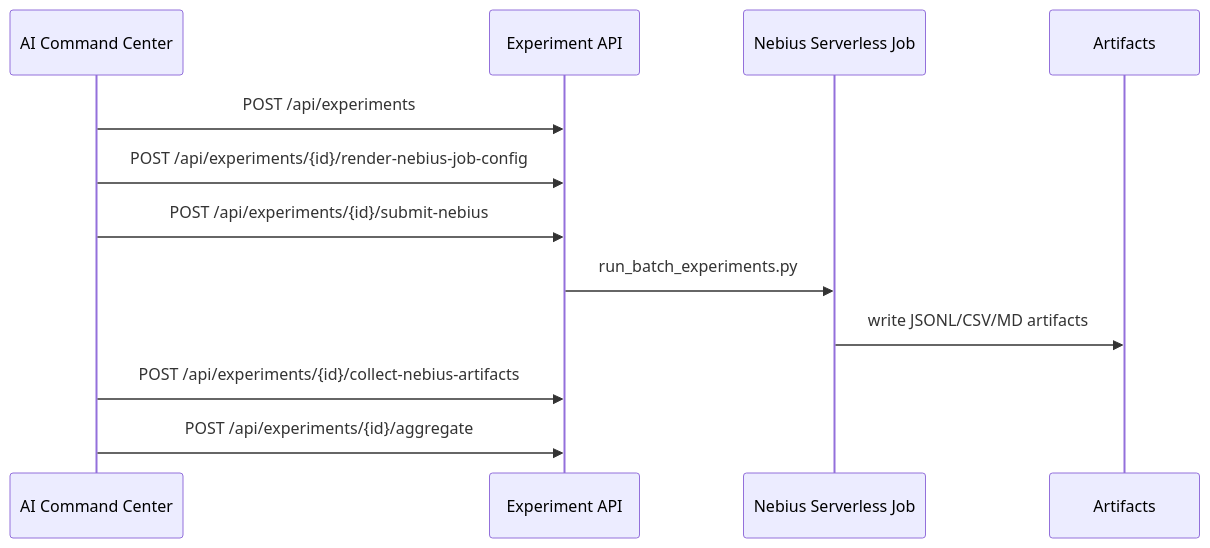
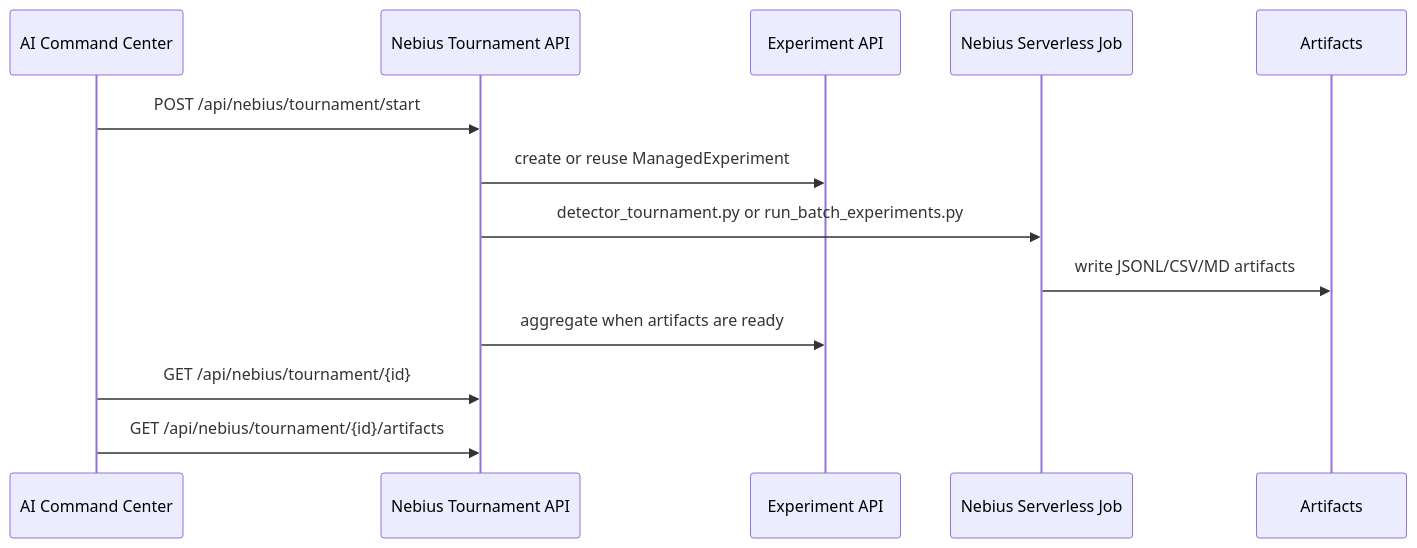
One commit to khab40/aimada changed the third of 3 diagrams in docs/use-cases/nebius-serverless-use-cases.md. Above: the diagram before and after it, drawn with Mermaid. The commit also changed other lines of this file and 33 other files, not shown here.

````diff
--- a/docs/use-cases/nebius-serverless-use-cases.md
+++ b/docs/use-cases/nebius-serverless-use-cases.md
@@ -148,15 +193,16 @@
 ```mermaid
 sequenceDiagram
     participant UI as AI Command Center
-    participant API as Experiment API
+    participant API as Nebius Tournament API
+    participant Exp as Experiment API
     participant Job as Nebius Serverless Job
     participant Store as Artifacts
 
-    UI->>API: POST /api/experiments
-    UI->>API: POST /api/experiments/{id}/render-nebius-job-config
-    UI->>API: POST /api/experiments/{id}/submit-nebius
-    API->>Job: run_batch_experiments.py
+    UI->>API: POST /api/nebius/tournament/start
+    API->>Exp: create or reuse ManagedExperiment
+    API->>Job: detector_tournament.py or run_batch_experiments.py
     Job->>Store: write JSONL/CSV/MD artifacts
-    UI->>API: POST /api/experiments/{id}/collect-nebius-artifacts
-    UI->>API: POST /api/experiments/{id}/aggregate
+    API->>Exp: aggregate when artifacts are ready
+    UI->>API: GET /api/nebius/tournament/{id}
+    UI->>API: GET /api/nebius/tournament/{id}/artifacts
 ```
````
